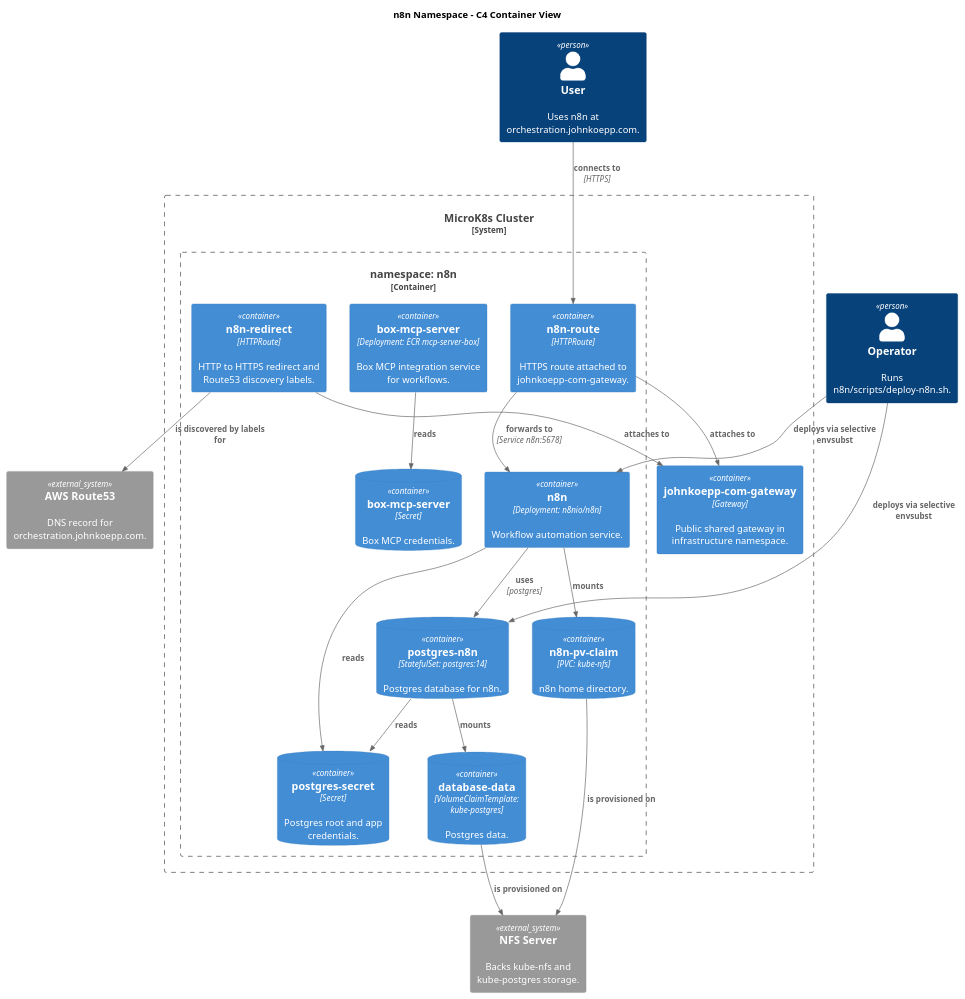
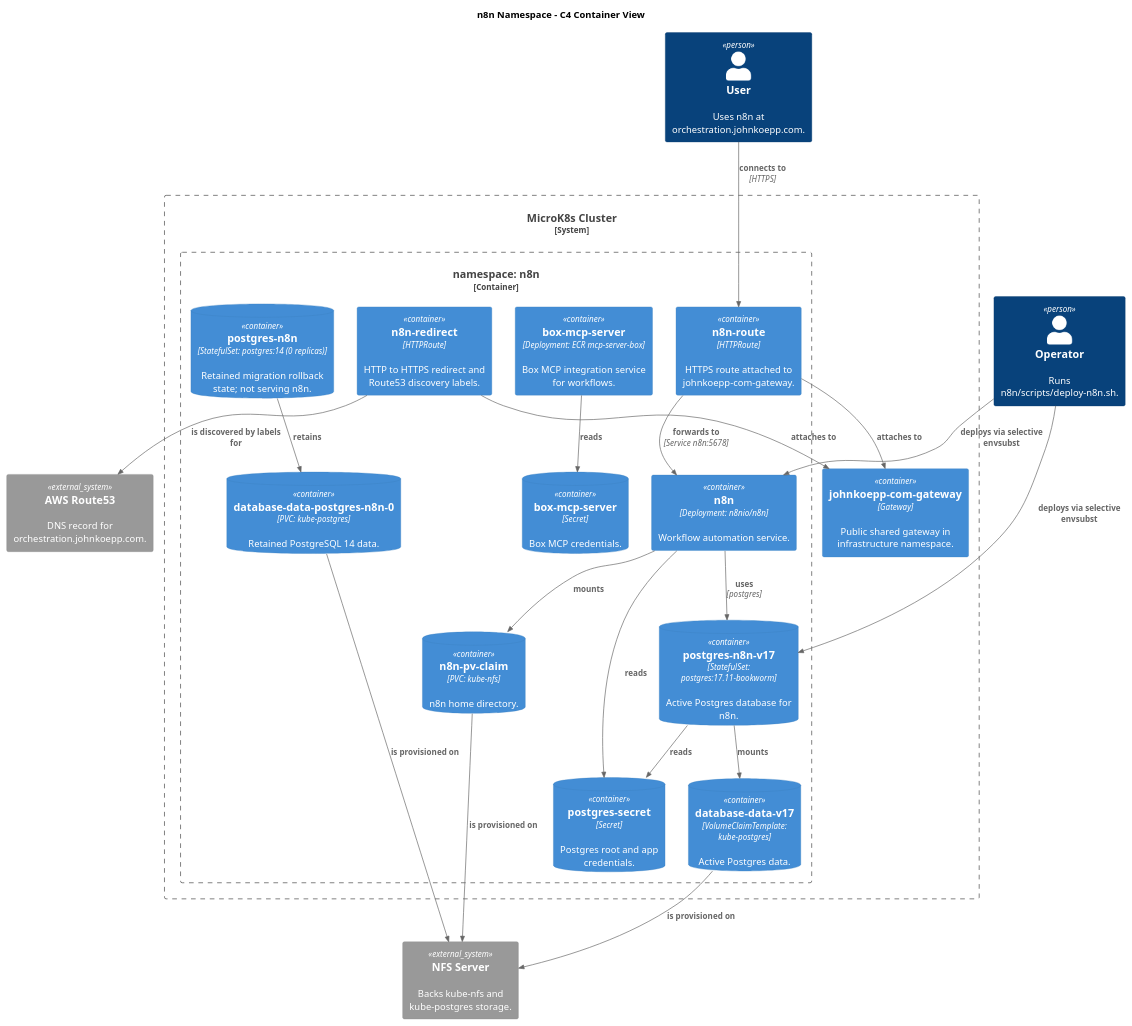
One commit to koeppj/kubernetes-sandbox changed the diagram in docs/c4/n8n.puml. Above: the diagram before and after it, drawn with PlantUML. The commit also changed 11 other files, not shown here.

```diff
--- a/docs/c4/n8n.puml
+++ b/docs/c4/n8n.puml
@@ -1,44 +1,48 @@
 @startuml n8n
 !includeurl https://raw.githubusercontent.com/plantuml-stdlib/C4-PlantUML/master/C4_Container.puml
 
 title n8n Namespace - C4 Container View
 
 Person(user, "User", "Uses n8n at orchestration.johnkoepp.com.")
 Person(operator, "Operator", "Runs n8n/scripts/deploy-n8n.sh.")
 
 System_Boundary(cluster, "MicroK8s Cluster") {
   Container_Boundary(ns, "namespace: n8n") {
     Container(routeHttps, "n8n-route", "HTTPRoute", "HTTPS route attached to johnkoepp-com-gateway.")
     Container(routeRedirect, "n8n-redirect", "HTTPRoute", "HTTP to HTTPS redirect and Route53 discovery labels.")
     Container(n8n, "n8n", "Deployment: n8nio/n8n", "Workflow automation service.")
     Container(mcp, "box-mcp-server", "Deployment: ECR mcp-server-box", "Box MCP integration service for workflows.")
-    ContainerDb(pg, "postgres-n8n", "StatefulSet: postgres:14", "Postgres database for n8n.")
+    ContainerDb(pg, "postgres-n8n-v17", "StatefulSet: postgres:17.11-bookworm", "Active Postgres database for n8n.")
+    ContainerDb(oldPg, "postgres-n8n", "StatefulSet: postgres:14 (0 replicas)", "Retained migration rollback state; not serving n8n.")
     ContainerDb(pgSecret, "postgres-secret", "Secret", "Postgres root and app credentials.")
     ContainerDb(boxSecret, "box-mcp-server", "Secret", "Box MCP credentials.")
     ContainerDb(n8nPvc, "n8n-pv-claim", "PVC: kube-nfs", "n8n home directory.")
-    ContainerDb(pgPvc, "database-data", "VolumeClaimTemplate: kube-postgres", "Postgres data.")
+    ContainerDb(pgPvc, "database-data-v17", "VolumeClaimTemplate: kube-postgres", "Active Postgres data.")
+    ContainerDb(oldPgPvc, "database-data-postgres-n8n-0", "PVC: kube-postgres", "Retained PostgreSQL 14 data.")
   }
 
   Container(publicGateway, "johnkoepp-com-gateway", "Gateway", "Public shared gateway in infrastructure namespace.")
 }
 
 System_Ext(route53, "AWS Route53", "DNS record for orchestration.johnkoepp.com.")
 System_Ext(nfs, "NFS Server", "Backs kube-nfs and kube-postgres storage.")
 
 Rel(user, routeHttps, "connects to", "HTTPS")
 Rel(routeHttps, publicGateway, "attaches to")
 Rel(routeRedirect, publicGateway, "attaches to")
 Rel(routeRedirect, route53, "is discovered by labels for")
 Rel(routeHttps, n8n, "forwards to", "Service n8n:5678")
 Rel(n8n, pg, "uses", "postgres")
 Rel(n8n, pgSecret, "reads")
 Rel(n8n, n8nPvc, "mounts")
 Rel(pg, pgSecret, "reads")
 Rel(pg, pgPvc, "mounts")
+Rel(oldPg, oldPgPvc, "retains")
 Rel(mcp, boxSecret, "reads")
 Rel(n8nPvc, nfs, "is provisioned on")
 Rel(pgPvc, nfs, "is provisioned on")
+Rel(oldPgPvc, nfs, "is provisioned on")
 Rel(operator, n8n, "deploys via selective envsubst")
 Rel(operator, pg, "deploys via selective envsubst")
 
 @enduml
```
